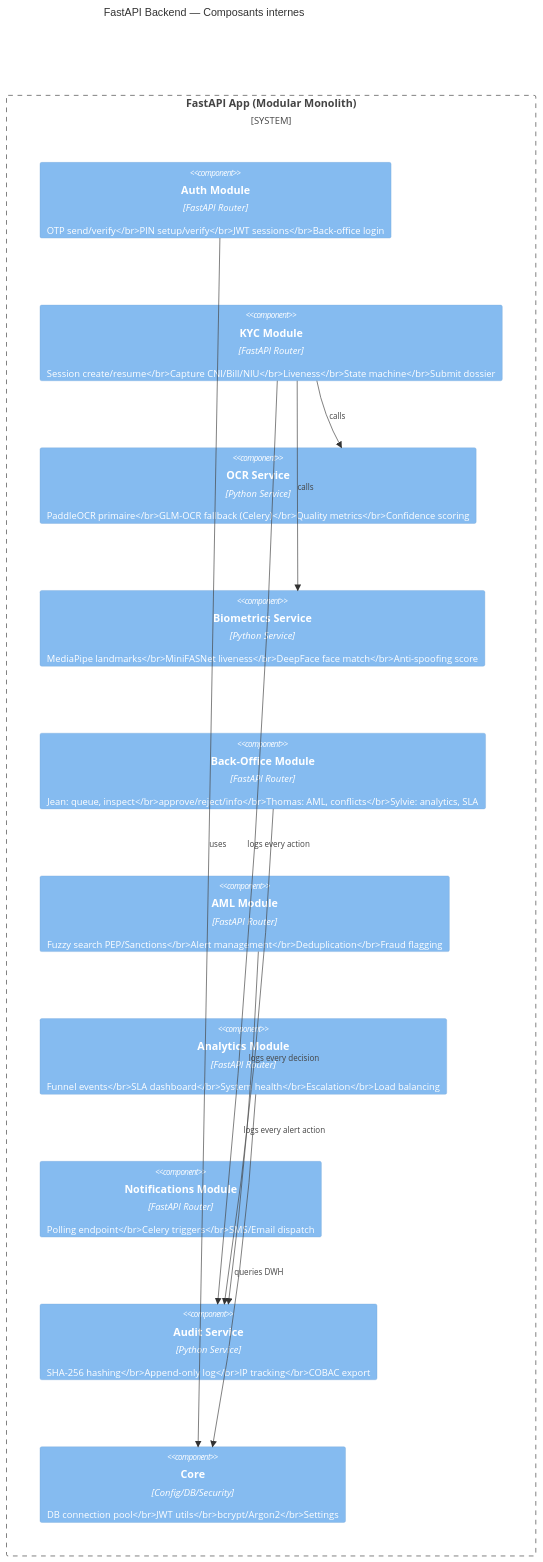
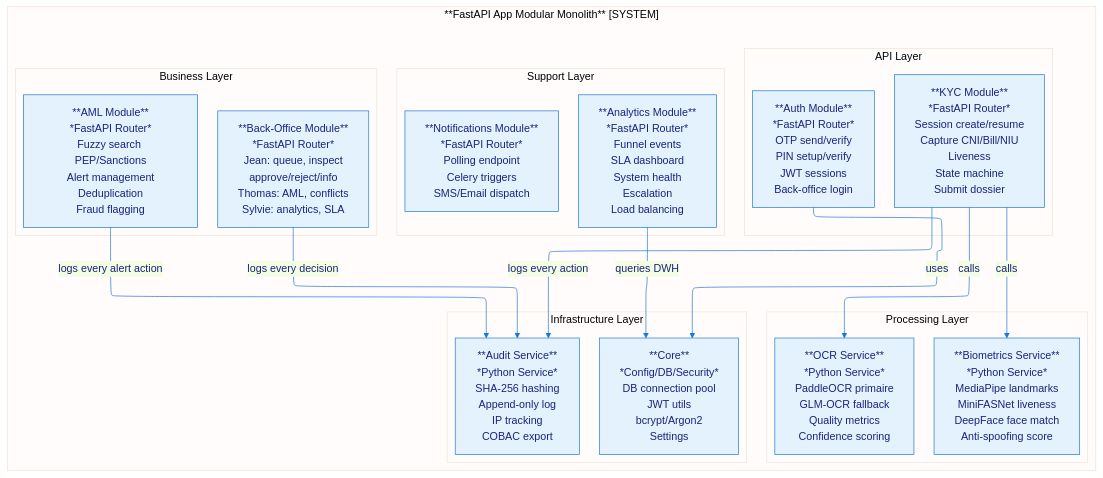
Before and after one commit to Ken-Andre/bicec-veripass: the third of 18 diagrams in _bmad-output/planning-artifacts/architecture-bicec-veripass.md, drawn with Mermaid. The commit also changed other lines of this file and 1 other file, not shown here.

Commit message:
docs: Add updated KYC state machine diagram and architecture planning artifacts.

````diff
--- a/_bmad-output/planning-artifacts/architecture-bicec-veripass.md
+++ b/_bmad-output/planning-artifacts/architecture-bicec-veripass.md
@@ -380,34 +380,40 @@
 ```mermaid
-C4Component
-    title FastAPI Backend — Composants internes
+%%{init: {"theme": "base", "layout": "elk", "themeVariables": {"primaryColor": "#E3F2FD", "primaryTextColor": "#1A237E", "primaryBorderColor": "#1976D2", "lineColor": "#1976D2"}}}%%
+flowchart TD
+    subgraph api["**FastAPI App Modular Monolith** [SYSTEM]"]
 
-    System_Boundary(api, "FastAPI App (Modular Monolith)") {
-        Component(auth_mod, "Auth Module", "FastAPI Router", "OTP send/verify</br>PIN setup/verify</br>JWT sessions</br>Back-office login")
+        subgraph row1["API Layer"]
+            auth_mod["**Auth Module**<br>*FastAPI Router*<br>OTP send/verify<br>PIN setup/verify<br>JWT sessions<br>Back-office login"]
+            kyc_mod["**KYC Module**<br>*FastAPI Router*<br>Session create/resume<br>Capture CNI/Bill/NIU<br>Liveness<br>State machine<br>Submit dossier"]
+        end
 
-        Component(kyc_mod, "KYC Module", "FastAPI Router", "Session create/resume</br>Capture CNI/Bill/NIU</br>Liveness</br>State machine</br>Submit dossier")
+        subgraph row2["Processing Layer"]
+            ocr_svc["**OCR Service**<br>*Python Service*<br>PaddleOCR primaire<br>GLM-OCR fallback<br>Quality metrics<br>Confidence scoring"]
+            bio_svc["**Biometrics Service**<br>*Python Service*<br>MediaPipe landmarks<br>MiniFASNet liveness<br>DeepFace face match<br>Anti-spoofing score"]
+        end
 
-        Component(ocr_svc, "OCR Service", "Python Service", "PaddleOCR primaire</br>GLM-OCR fallback (Celery)</br>Quality metrics</br>Confidence scoring")
+        subgraph row3["Business Layer"]
+            bo_mod["**Back-Office Module**<br>*FastAPI Router*<br>Jean: queue, inspect<br>approve/reject/info<br>Thomas: AML, conflicts<br>Sylvie: analytics, SLA"]
+            aml_mod["**AML Module**<br>*FastAPI Router*<br>Fuzzy search PEP/Sanctions<br>Alert management<br>Deduplication<br>Fraud flagging"]
+        end
 
-        Component(bio_svc, "Biometrics Service", "Python Service", "MediaPipe landmarks</br>MiniFASNet liveness</br>DeepFace face match</br>Anti-spoofing score")
+        subgraph row4["Support Layer"]
+            analytics_mod["**Analytics Module**<br>*FastAPI Router*<br>Funnel events<br>SLA dashboard<br>System health<br>Escalation<br>Load balancing"]
+            notif_mod["**Notifications Module**<br>*FastAPI Router*<br>Polling endpoint<br>Celery triggers<br>SMS/Email dispatch"]
+        end
 
-        Component(bo_mod, "Back-Office Module", "FastAPI Router", "Jean: queue, inspect</br>approve/reject/info</br>Thomas: AML, conflicts</br>Sylvie: analytics, SLA")
+        subgraph row5["Infrastructure Layer"]
+            audit_svc["**Audit Service**<br>*Python Service*<br>SHA-256 hashing<br>Append-only log<br>IP tracking<br>COBAC export"]
+            core["**Core**<br>*Config/DB/Security*<br>DB connection pool<br>JWT utils<br>bcrypt/Argon2<br>Settings"]
+        end
 
-        Component(aml_mod, "AML Module", "FastAPI Router", "Fuzzy search PEP/Sanctions</br>Alert management</br>Deduplication</br>Fraud flagging")
+    end
 
-        Component(analytics_mod, "Analytics Module", "FastAPI Router", "Funnel events</br>SLA dashboard</br>System health</br>Escalation</br>Load balancing")
-
-        Component(notif_mod, "Notifications Module", "FastAPI Router", "Polling endpoint</br>Celery triggers</br>SMS/Email dispatch")
-
-        Component(audit_svc, "Audit Service", "Python Service", "SHA-256 hashing</br>Append-only log</br>IP tracking</br>COBAC export")
-
-        Component(core, "Core", "Config/DB/Security", "DB connection pool</br>JWT utils</br>bcrypt/Argon2</br>Settings")
-    }
-
-    Rel(auth_mod, core, "uses")
-    Rel(kyc_mod, ocr_svc, "calls")
-    Rel(kyc_mod, bio_svc, "calls")
-    Rel(kyc_mod, audit_svc, "logs every action")
-    Rel(bo_mod, audit_svc, "logs every decision")
-    Rel(aml_mod, audit_svc, "logs every alert action")
-    Rel(analytics_mod, core, "queries DWH")
+    auth_mod -->|uses| core
+    kyc_mod -->|calls| ocr_svc
+    kyc_mod -->|calls| bio_svc
+    kyc_mod -->|logs every action| audit_svc
+    bo_mod -->|logs every decision| audit_svc
+    aml_mod -->|logs every alert action| audit_svc
+    analytics_mod -->|queries DWH| core
 ```
````
